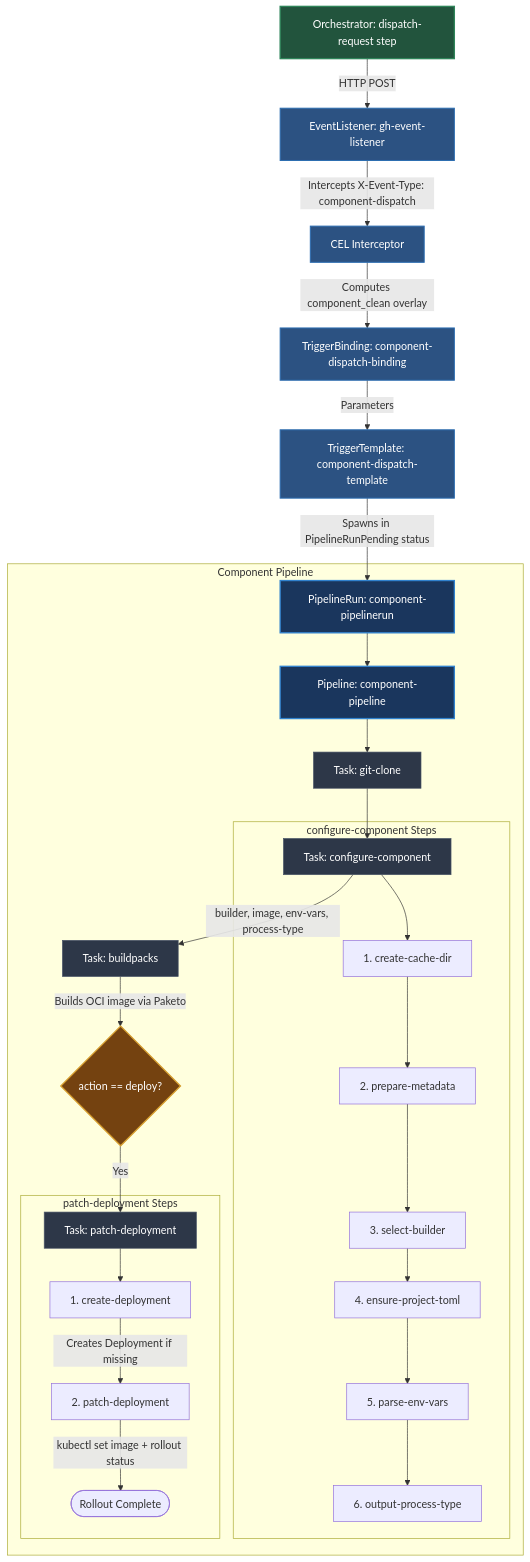
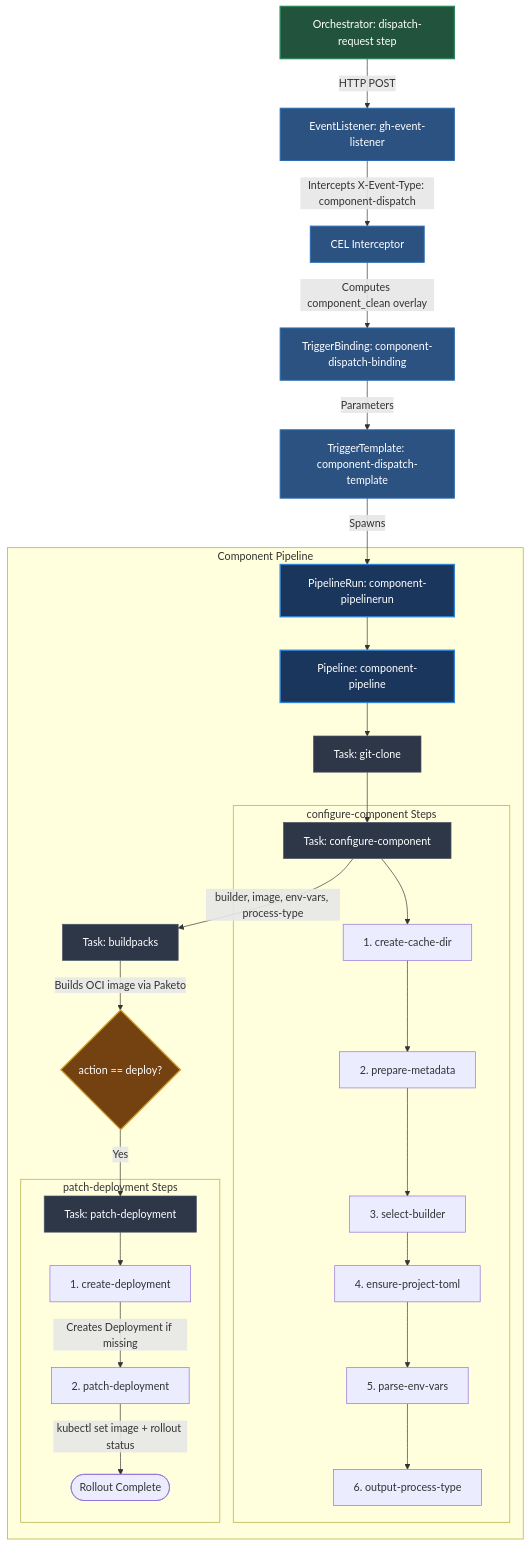
Before and after one commit to khanhcmlab/saritasa-devops-build-samples: the second of 2 diagrams in tekton-platform/README.md, drawn with Mermaid. The commit also changed other lines of this file and 3 other files, not shown here.

Commit message:
fix: update the way to run child pipelinerun

````diff
--- a/tekton-platform/README.md
+++ b/tekton-platform/README.md
@@ -76,50 +75,50 @@
 ```mermaid
 flowchart TD
     %% Input Event from dispatch-pipelinerun
     DispReq[Orchestrator: dispatch-request step] -->|HTTP POST| EL_Child[EventListener: gh-event-listener]
 
     %% Webhook Triggers Processing
     EL_Child -->|Intercepts X-Event-Type: component-dispatch| CEL[CEL Interceptor]
     CEL -->|Computes component_clean overlay| Bind2[TriggerBinding: component-dispatch-binding]
     Bind2 -->|Parameters| Temp2[TriggerTemplate: component-dispatch-template]
-    Temp2 -->|Spawns in PipelineRunPending status| PR2[PipelineRun: component-pipelinerun]
+    Temp2 -->|Spawns| PR2[PipelineRun: component-pipelinerun]
 
     %% Component Pipeline
     subgraph Component Pipeline
         PR2 --> Pipe2[Pipeline: component-pipeline]
         Pipe2 --> Task_Clone[Task: git-clone]
         Task_Clone --> Task_Config[Task: configure-component]
 
         subgraph configure-component Steps
             Task_Config --> Step_Cache[1. create-cache-dir]
             Step_Cache --> Step_Meta[2. prepare-metadata]
             Step_Meta --> Step_Builder[3. select-builder]
             Step_Builder --> Step_Toml[4. ensure-project-toml]
             Step_Toml --> Step_Env[5. parse-env-vars]
             Step_Env --> Step_Proc[6. output-process-type]
         end
 
         Task_Config -->|builder, image, env-vars, process-type| Task_BP[Task: buildpacks]
         Task_BP -->|Builds OCI image via Paketo| Task_Deploy{action == deploy?}
         Task_Deploy -->|Yes| Task_Patch[Task: patch-deployment]
 
         subgraph patch-deployment Steps
             Task_Patch --> Deploy_Create[1. create-deployment]
             Deploy_Create -->|Creates Deployment if missing| Deploy_Patch[2. patch-deployment]
             Deploy_Patch -->|kubectl set image + rollout status| DeployEnd([Rollout Complete])
         end
     end
 
     %% Styling
     classDef pipeline fill:#1A365D,stroke:#3182CE,stroke-width:2px,color:#fff
     classDef task fill:#2D3748,stroke:#4A5568,stroke-width:1px,color:#fff
     classDef trigger fill:#2C5282,stroke:#2B6CB0,stroke-width:1.5px,color:#fff
     classDef input fill:#22543D,stroke:#2F855A,stroke-width:2px,color:#fff
     classDef decision fill:#744210,stroke:#D69E2E,stroke-width:2px,color:#fff
 
     class PR2,Pipe2 pipeline
     class Task_Clone,Task_Config,Task_BP,Task_Patch task
     class EL_Child,CEL,Bind2,Temp2 trigger
     class DispReq input
     class Task_Deploy decision
 ```
````
